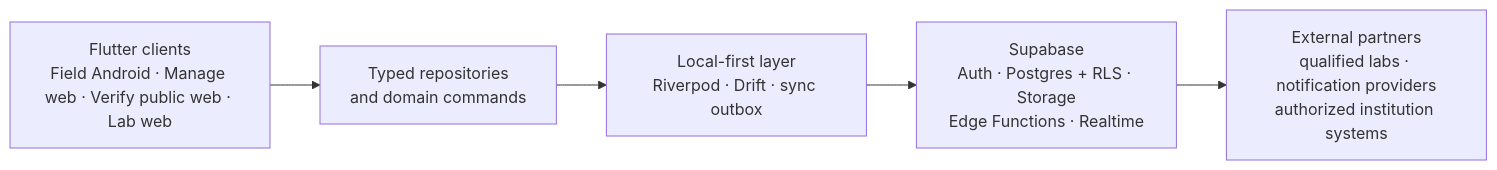
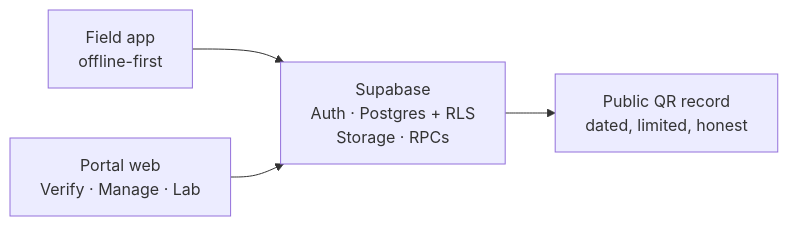
The diagram in README.md (MI-TECHDLIN/tankloop), drawn with Mermaid before and after one commit. The commit also changed other lines of this file, not shown here.

````diff
--- a/README.md
+++ b/README.md
@@ -90,9 +78,6 @@
 ```mermaid
 flowchart LR
-  clients["Flutter clients<br/>Field Android · Manage web · Verify public web · Lab web"]
-  repos["Typed repositories<br/>and domain commands"]
-  local["Local-first layer<br/>Riverpod · Drift · sync outbox"]
-  supabase["Supabase<br/>Auth · Postgres + RLS · Storage<br/>Edge Functions · Realtime"]
-  partners["External partners<br/>qualified labs · notification providers<br/>authorized institution systems"]
-  clients --> repos --> local --> supabase --> partners
+  field["Field app<br/>offline-first"] --> supa["Supabase<br/>Auth · Postgres + RLS<br/>Storage · RPCs"]
+  portal["Portal web<br/>Verify · Manage · Lab"] --> supa
+  supa --> public["Public QR record<br/>dated, limited, honest"]
 ```
````
